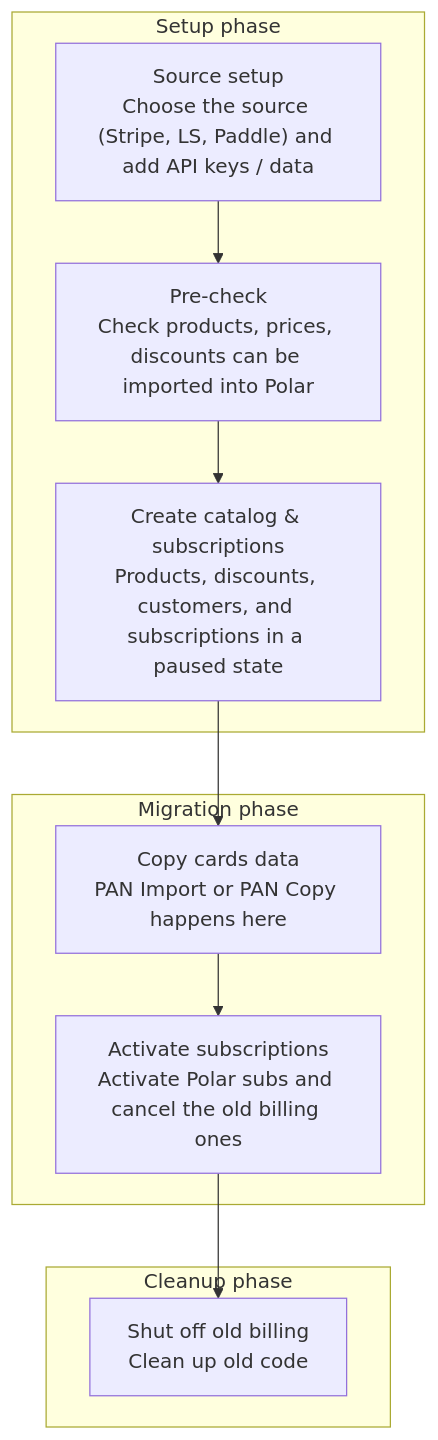
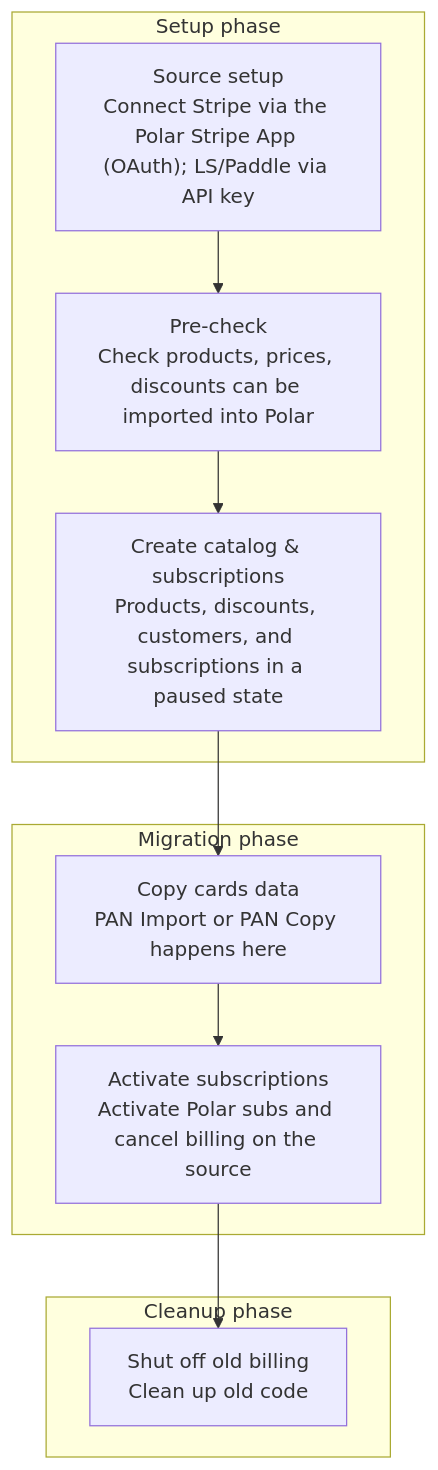
One commit to polarsource/polar changed the diagram in handbook/engineering/design-documents/merchant-migrations.mdx. Above: the diagram before and after it, drawn with Mermaid. The commit also changed other lines of this file, not shown here.

Commit message:
feat: add oauth example

````diff
--- a/handbook/engineering/design-documents/merchant-migrations.mdx
+++ b/handbook/engineering/design-documents/merchant-migrations.mdx
@@ -38,19 +38,19 @@
 ```mermaid
 flowchart TB
   subgraph S["Setup phase"]
-    A["Source setup<br/>Choose the source (Stripe, LS, Paddle) and add API keys / data"]
+    A["Source setup<br/>Connect Stripe via the Polar Stripe App (OAuth); LS/Paddle via API key"]
     B["Pre-check<br/>Check products, prices, discounts can be imported into Polar"]
     C["Create catalog & subscriptions<br/>Products, discounts, customers, and subscriptions in a paused state"]
     A --> B --> C
   end
   subgraph M["Migration phase"]
     D["Copy cards data<br/>PAN Import or PAN Copy happens here"]
-    E["Activate subscriptions<br/>Activate Polar subs and cancel the old billing ones"]
+    E["Activate subscriptions<br/>Activate Polar subs and cancel billing on the source"]
     D --> E
   end
   subgraph CL["Cleanup phase"]
     F["Shut off old billing<br/>Clean up old code"]
   end
   C --> D
   E --> F
 ```
````
